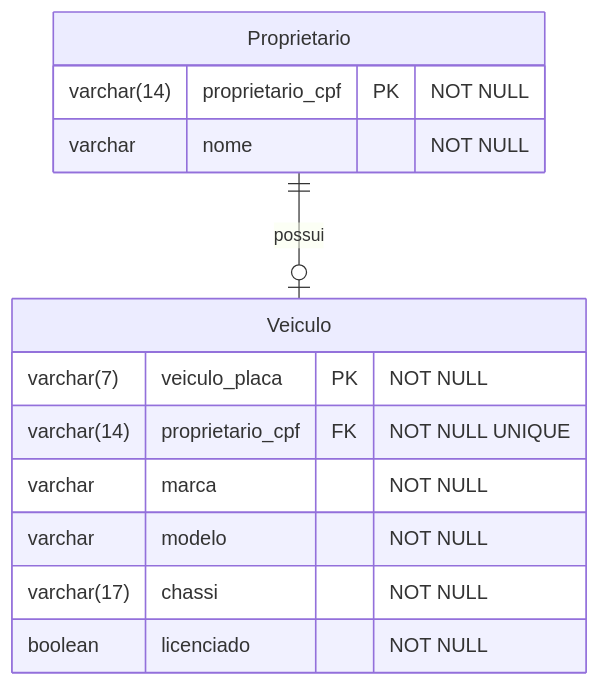
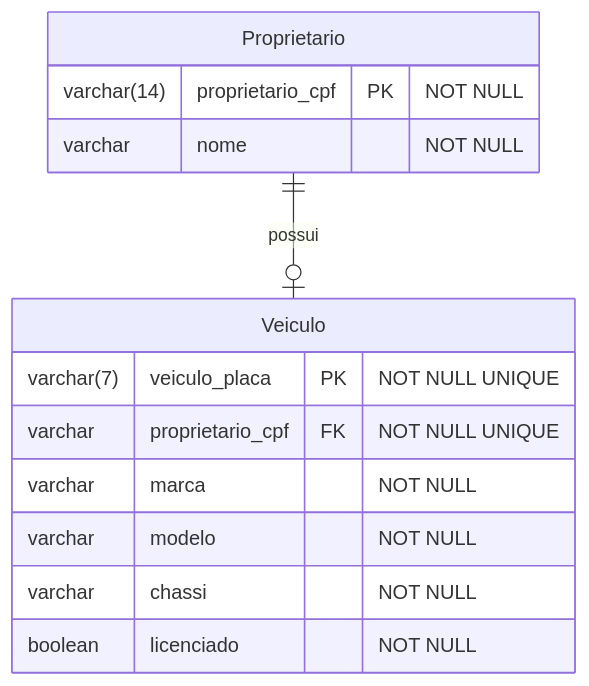
One commit to devrafael-santos/CadastroVeiculo changed the diagram in README.md. Above: the diagram before and after it, drawn with Mermaid.

````diff
--- a/README.md
+++ b/README.md
@@ -11,18 +11,18 @@
 ```mermaid
 erDiagram
     Proprietario ||--o| Veiculo : possui
     
     Proprietario {
         varchar(14) proprietario_cpf PK "NOT NULL"
         varchar nome "NOT NULL"
     }
     
     Veiculo {
-        varchar(7) veiculo_placa PK "NOT NULL"
-        varchar(14) proprietario_cpf FK "NOT NULL UNIQUE"
+        varchar(7) veiculo_placa PK "NOT NULL UNIQUE"
+        varchar proprietario_cpf FK "NOT NULL UNIQUE"
         varchar marca "NOT NULL"
         varchar modelo "NOT NULL"
-        varchar(17) chassi "NOT NULL"
+        varchar chassi "NOT NULL"
         boolean licenciado "NOT NULL"
     }
 ```
````
